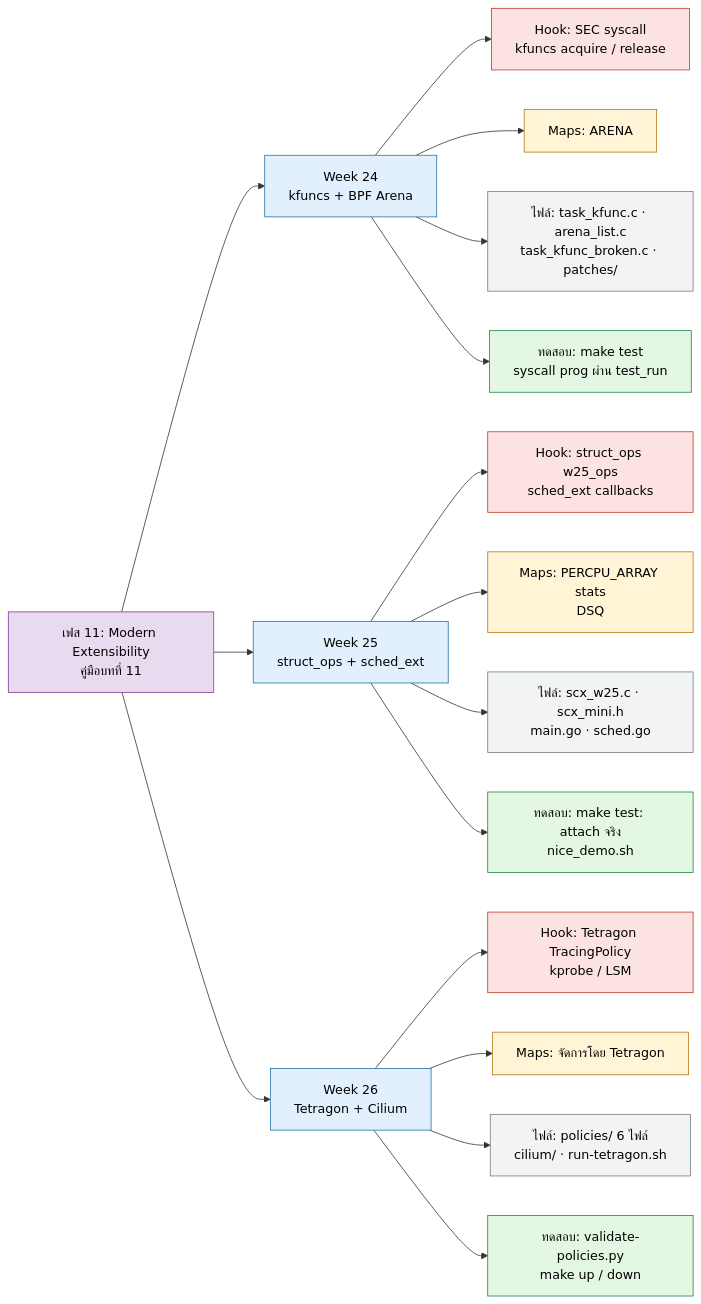
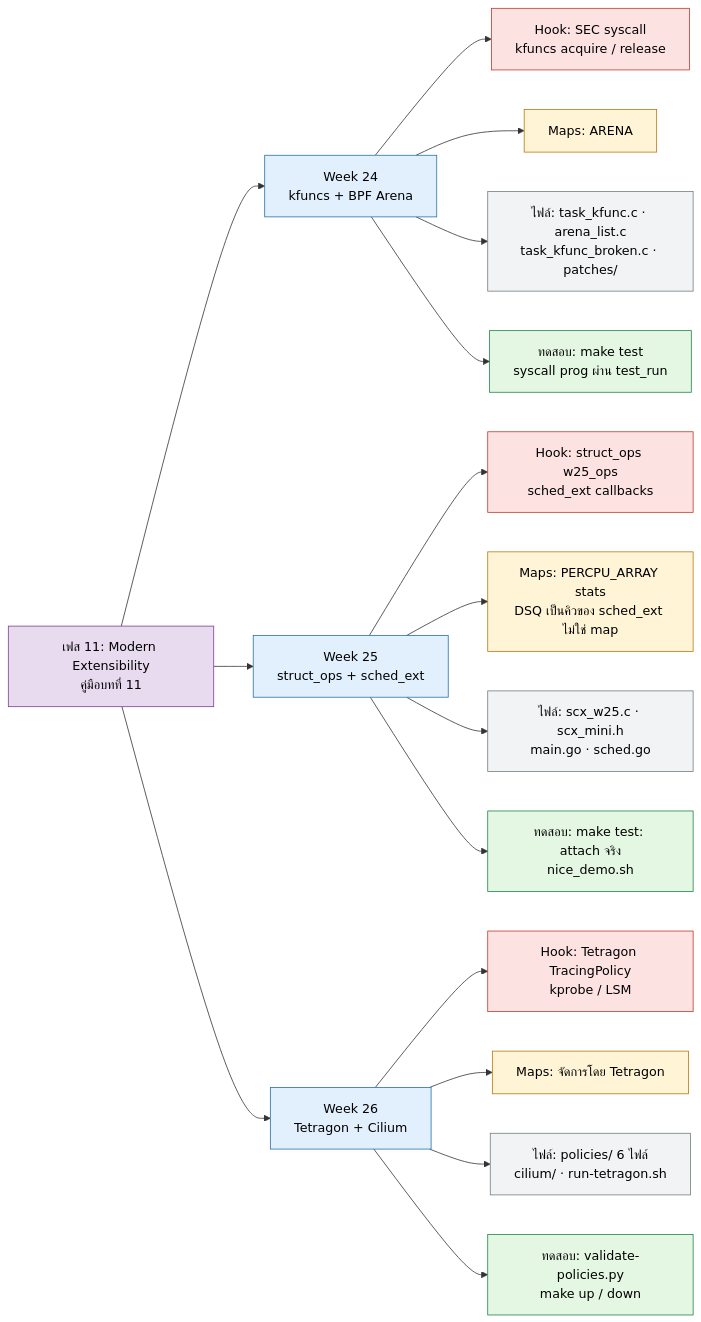
One commit to alfaXphoori/ebpf changed diagram 12 of 12 in docs/CONTENT_TREE.md. Above: the diagram before and after it, drawn with Mermaid. The commit also changed other lines of this file and 27 other files, not shown here.

First line of the commit message:
docs: fix diagram accuracy and unify diagram conventions

````diff
--- a/docs/CONTENT_TREE.md
+++ b/docs/CONTENT_TREE.md
@@ -493,34 +493,34 @@
 ```mermaid
 flowchart LR
     P11["เฟส 11: Modern Extensibility<br/>คู่มือบทที่ 11"]
     P11 --> W24["Week 24<br/>kfuncs + BPF Arena"]
     W24 --> W24H["Hook: SEC syscall<br/>kfuncs acquire / release"]
     W24 --> W24M["Maps: ARENA"]
     W24 --> W24F["ไฟล์: task_kfunc.c · arena_list.c<br/>task_kfunc_broken.c · patches/"]
     W24 --> W24T["ทดสอบ: make test<br/>syscall prog ผ่าน test_run"]
     P11 --> W25["Week 25<br/>struct_ops + sched_ext"]
     W25 --> W25H["Hook: struct_ops w25_ops<br/>sched_ext callbacks"]
-    W25 --> W25M["Maps: PERCPU_ARRAY stats<br/>DSQ"]
+    W25 --> W25M["Maps: PERCPU_ARRAY stats<br/>DSQ เป็นคิวของ sched_ext ไม่ใช่ map"]
     W25 --> W25F["ไฟล์: scx_w25.c · scx_mini.h<br/>main.go · sched.go"]
     W25 --> W25T["ทดสอบ: make test: attach จริง<br/>nice_demo.sh"]
     P11 --> W26["Week 26<br/>Tetragon + Cilium"]
     W26 --> W26H["Hook: Tetragon TracingPolicy<br/>kprobe / LSM"]
     W26 --> W26M["Maps: จัดการโดย Tetragon"]
     W26 --> W26F["ไฟล์: policies/ 6 ไฟล์<br/>cilium/ · run-tetragon.sh"]
     W26 --> W26T["ทดสอบ: validate-policies.py<br/>make up / down"]
 
     classDef root fill:#2c3e50,stroke:#1b2631,color:#fff
     classDef phase fill:#e8daef,stroke:#7d3c98,color:#000
     classDef week fill:#e2f0fd,stroke:#2471a3,color:#000
     classDef hook fill:#fde2e2,stroke:#c0392b,color:#000
     classDef map fill:#fff4d6,stroke:#b9770e,color:#000
     classDef file fill:#f2f3f4,stroke:#717d7e,color:#000
     classDef test fill:#e3f7e3,stroke:#1e8449,color:#000
     classDef doc fill:#fdebd0,stroke:#ca6f1e,color:#000
     class P11 phase
     class W24,W25,W26 week
     class W24H,W25H,W26H hook
     class W24M,W25M,W26M map
     class W24F,W25F,W26F file
     class W24T,W25T,W26T test
 ```
````
